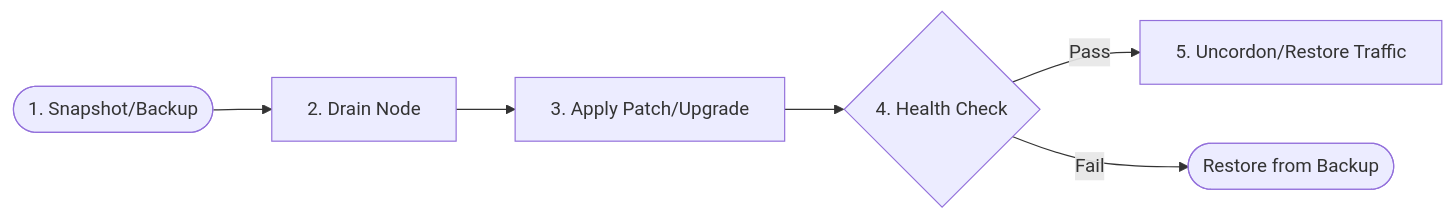
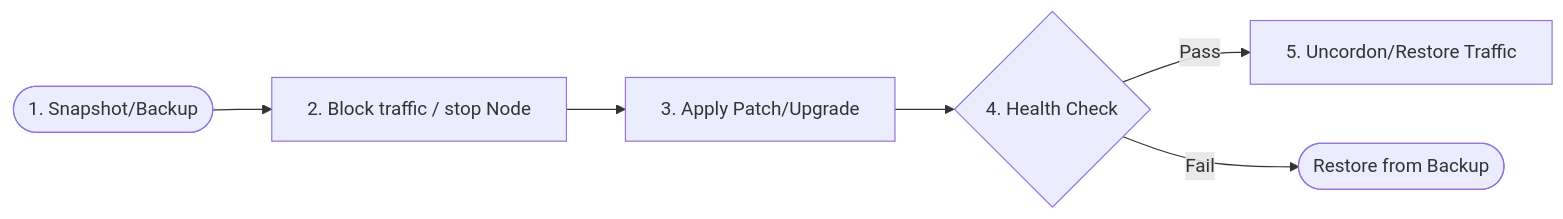
The second of 3 diagrams in {{ cookiecutter.project_slug }}/docs/workflow.md (violetina/infra-project-template), drawn with Mermaid before and after one commit. The commit also changed 5 other files, not shown here.

````diff
--- a/{{ cookiecutter.project_slug }}/docs/workflow.md
+++ b/{{ cookiecutter.project_slug }}/docs/workflow.md
@@ -32,8 +32,8 @@
 ```mermaid
 flowchart LR
-    A(["1. Snapshot/Backup"]) --> B["2. Drain Node"]
+    A(["1. Snapshot/Backup"]) --> B["2. Block traffic / stop  Node"]
     B --> C["3. Apply Patch/Upgrade"]
     C --> D{"4. Health Check"}
     D -- Pass --> E["5. Uncordon/Restore Traffic"]
     D -- Fail --> X(["Restore from Backup"])
 ```
````
